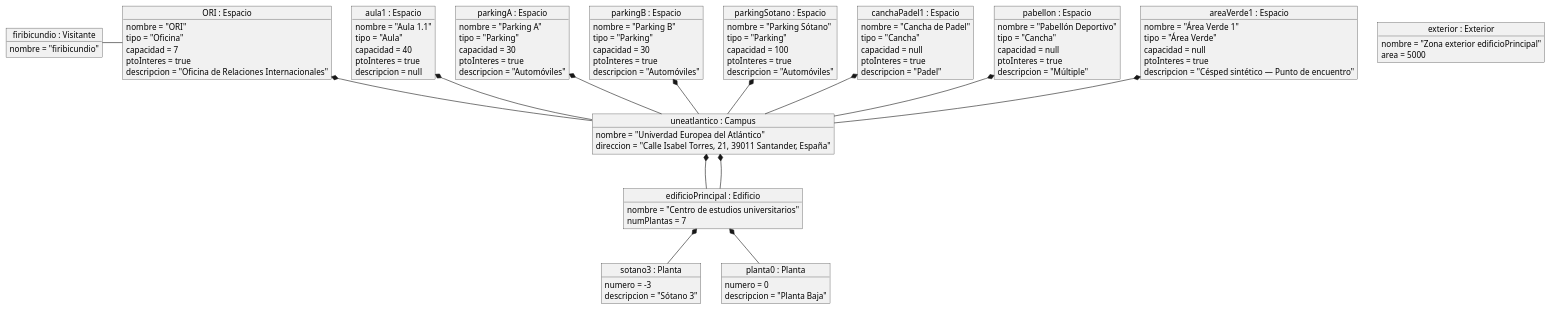
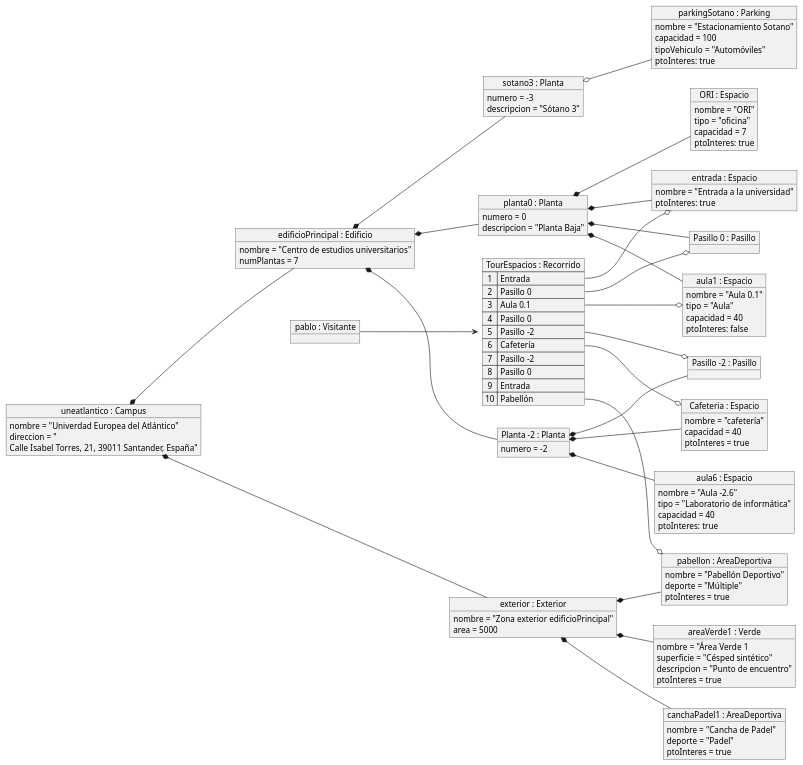
One commit to Camila-Lesly/25-26-idsw1-sdr changed the diagram in documentos/00-modeloDeDominio/DiagramaDeObjetos/diagramaDeObjetos.puml. Above: the diagram before and after it, drawn with PlantUML. The commit also changed 2 other files, not shown here.

Commit message:
docs: diagrama de objetos actualizado para el diagrama de clases

```diff
--- a/documentos/00-modeloDeDominio/DiagramaDeObjetos/diagramaDeObjetos.puml
+++ b/documentos/00-modeloDeDominio/DiagramaDeObjetos/diagramaDeObjetos.puml
@@ -1,115 +1,141 @@
 @startuml
-
-object "firibicundio : Visitante" as firibicundio {
-    nombre = "firibicundio"
-}
-
-object "aula1 : Espacio" as aula1 {
-    nombre = "Aula 1.1"
-    tipo = "Aula"
-    capacidad = 40
-    ptoInteres = true
-    descripcion = null
-}
-
-object "ORI : Espacio" as ORI {
-    nombre = "ORI"
-    tipo = "Oficina"
-    capacidad = 7
-    ptoInteres = true
-    descripcion = "Oficina de Relaciones Internacionales"
-}
-
-object "parkingA : Espacio" as parkingA {
-    nombre = "Parking A"
-    tipo = "Parking"
-    capacidad = 30
-    ptoInteres = true
-    descripcion = "Automóviles"
-}
-
-object "parkingB : Espacio" as parkingB {
-    nombre = "Parking B"
-    tipo = "Parking"
-    capacidad = 30
-    ptoInteres = true
-    descripcion = "Automóviles"
-}
-
-object "parkingSotano : Espacio" as parkingSotano {
-    nombre = "Parking Sótano"
-    tipo = "Parking"
-    capacidad = 100
-    ptoInteres = true
-    descripcion = "Automóviles"
-}
-
-object "canchaPadel1 : Espacio" as canchaPadel1 {
-    nombre = "Cancha de Padel"
-    tipo = "Cancha"
-    capacidad = null
-    ptoInteres = true
-    descripcion = "Padel"
-}
-
-object "pabellon : Espacio" as pabellon {
-    nombre = "Pabellón Deportivo"
-    tipo = "Cancha"
-    capacidad = null
-    ptoInteres = true
-    descripcion = "Múltiple"
-}
-
-object "areaVerde1 : Espacio" as areaVerde1 {
-    nombre = "Área Verde 1"
-    tipo = "Área Verde"
-    capacidad = null
-    ptoInteres = true
-    descripcion = "Césped sintético — Punto de encuentro"
-}
+left to right direction
 
 object "uneatlantico : Campus" as uneatlantico {
     nombre = "Univerdad Europea del Atlántico"
-    direccion = "Calle Isabel Torres, 21, 39011 Santander, España"
-}
-
-object "exterior : Exterior" as exterior {
-    nombre = "Zona exterior edificioPrincipal"
-    area = 5000
+    direccion = "
+    Calle Isabel Torres, 21, 39011 Santander, España"
 }
 
 object "edificioPrincipal : Edificio" as edificioPrincipal {
     nombre = "Centro de estudios universitarios"
     numPlantas = 7
 }
 
 object "sotano3 : Planta" as sotano3 {
     numero = -3
     descripcion = "Sótano 3"
 }
 
 object "planta0 : Planta" as planta0 {
     numero = 0
     descripcion = "Planta Baja"
 }
 
-firibicundio -right- ORI
+object "aula1 : Espacio" as aula1 {
+    nombre = "Aula 0.1"
+    tipo = "Aula"
+    capacidad = 40
+    ptoInteres: false
+}
 
-aula1 *-- uneatlantico
-ORI *-- uneatlantico
+object "entrada : Espacio" as entrada{
+    nombre = "Entrada a la universidad"
+    ptoInteres: true
+}
 
-parkingSotano *-- uneatlantico
-parkingA *-- uneatlantico
-parkingB *-- uneatlantico
+object "ORI : Espacio" as ORI {
+    nombre = "ORI"
+    tipo = "oficina"
+    capacidad = 7
+    ptoInteres: true
+}
 
-areaVerde1 *-- uneatlantico
-canchaPadel1 *-- uneatlantico
-pabellon *-- uneatlantico
+object "Planta -2 : Planta" as planta_2{
+    numero = -2
+}
+object "Pasillo -2 : Pasillo" as pasillo_2
+object "Pasillo 0 : Pasillo" as pasillo0
+
+object "Cafeteria : Espacio" as cafeteria{
+    nombre = "cafetería"
+    capacidad = 40
+    ptoInteres = true
+}
+object "aula6 : Espacio" as aula6{
+    nombre = "Aula -2.6"
+    tipo = "Laboratorio de informática"
+    capacidad = 40
+    ptoInteres: true
+}
+
+
+object "parkingSotano : Parking" as parkingSotano {
+    nombre = "Estacionamiento Sotano"
+    capacidad = 100
+    tipoVehiculo = "Automóviles"
+    ptoInteres: true
+}
+
+object "exterior : Exterior" as exterior {
+    nombre = "Zona exterior edificioPrincipal"
+    area = 5000
+}
+
+object "areaVerde1 : Verde" as areaVerde1 {
+    nombre = "Área Verde 1
+    superficie = "Césped sintético"
+    descripcion = "Punto de encuentro"
+    ptoInteres = true
+}
+
+object "canchaPadel1 : AreaDeportiva" as canchaPadel1 {
+    nombre = "Cancha de Padel"
+    deporte = "Padel"
+    ptoInteres = true
+}
+
+object "pabellon : AreaDeportiva" as pabellon {
+    nombre = "Pabellón Deportivo"
+    deporte = "Múltiple"
+    ptoInteres = true
+}
+object "pablo : Visitante" as visitante{
+  
+}
+map "TourEspacios : Recorrido" as recorrido {
+ 1 => Entrada
+ 2 => Pasillo 0
+ 3 => Aula 0.1
+ 4 => Pasillo 0
+ 5 => Pasillo -2
+ 6 => Cafetería
+ 7 => Pasillo -2
+ 8 => Pasillo 0
+ 9 => Entrada
+ 10 => Pabellón
+}
+
 
 uneatlantico *-- edificioPrincipal
-uneatlantico *-- edificioPrincipal
+uneatlantico *-- exterior
 
 edificioPrincipal *-- sotano3
 edificioPrincipal *-- planta0
+edificioPrincipal *-- planta_2
+
+planta0 *-- aula1
+planta0 *-- ORI
+planta0 *-- entrada
+planta0 *-- pasillo0
+sotano3 o-- parkingSotano
+
+
+planta_2 *-- cafeteria
+planta_2 *-- aula6
+planta_2 *-- pasillo_2
+
+
+exterior *-- areaVerde1
+exterior *-- canchaPadel1
+exterior *-- pabellon
+
+visitante --> recorrido
+recorrido::1 --o entrada
+recorrido::2 --o pasillo0
+recorrido::3 --o aula1
+recorrido::5 --o pasillo_2
+recorrido::6 --o cafeteria
+recorrido::10 --o pabellon
 
 @enduml
```
